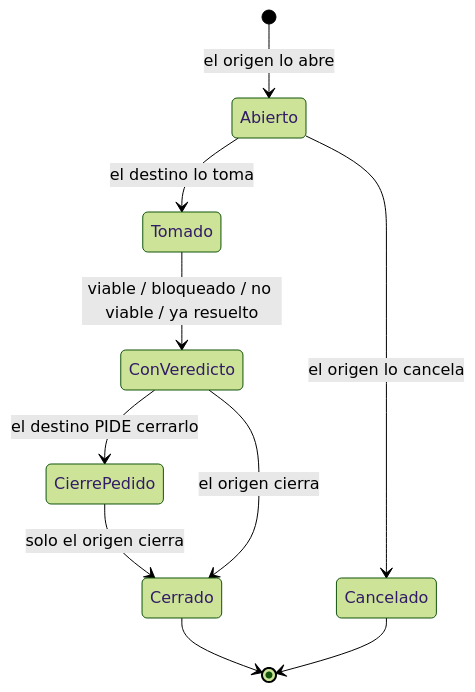
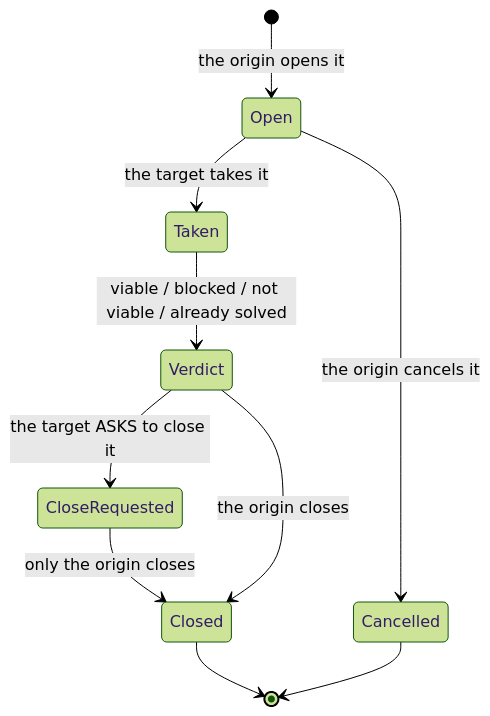
Before and after one commit to JhonaCodes/keel-ui: the fifth of 5 diagrams in README.md, drawn with Mermaid (forest theme). The commit also changed other lines of this file and 178 other files, not shown here.

````diff
--- a/README.md
+++ b/README.md
@@ -237,12 +425,12 @@
 ```mermaid
 stateDiagram-v2
-    [*] --> Abierto: el origen lo abre
-    Abierto --> Tomado: el destino lo toma
-    Tomado --> ConVeredicto: viable / bloqueado / no viable / ya resuelto
-    ConVeredicto --> CierrePedido: el destino PIDE cerrarlo
-    CierrePedido --> Cerrado: solo el origen cierra
-    ConVeredicto --> Cerrado: el origen cierra
-    Abierto --> Cancelado: el origen lo cancela
-    Cerrado --> [*]
-    Cancelado --> [*]
+    [*] --> Open: the origin opens it
+    Open --> Taken: the target takes it
+    Taken --> Verdict: viable / blocked / not viable / already solved
+    Verdict --> CloseRequested: the target ASKS to close it
+    CloseRequested --> Closed: only the origin closes
+    Verdict --> Closed: the origin closes
+    Open --> Cancelled: the origin cancels it
+    Closed --> [*]
+    Cancelled --> [*]
 ```
````
